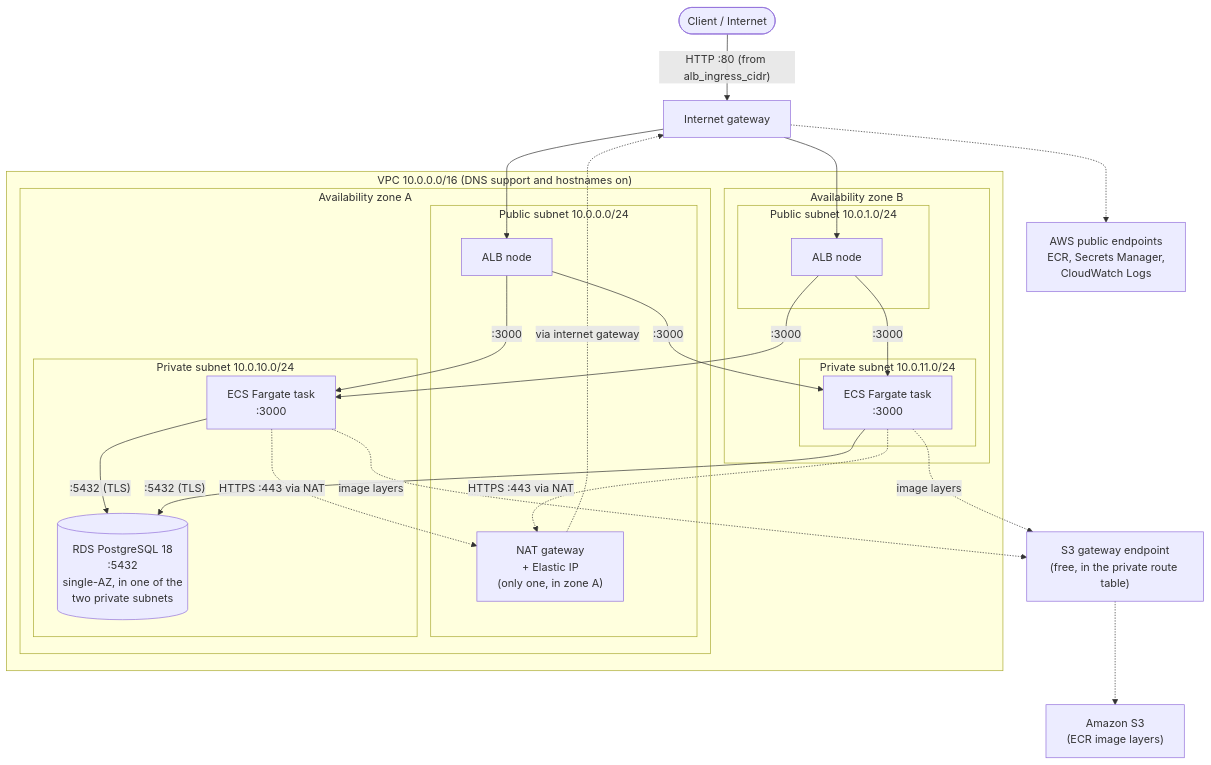
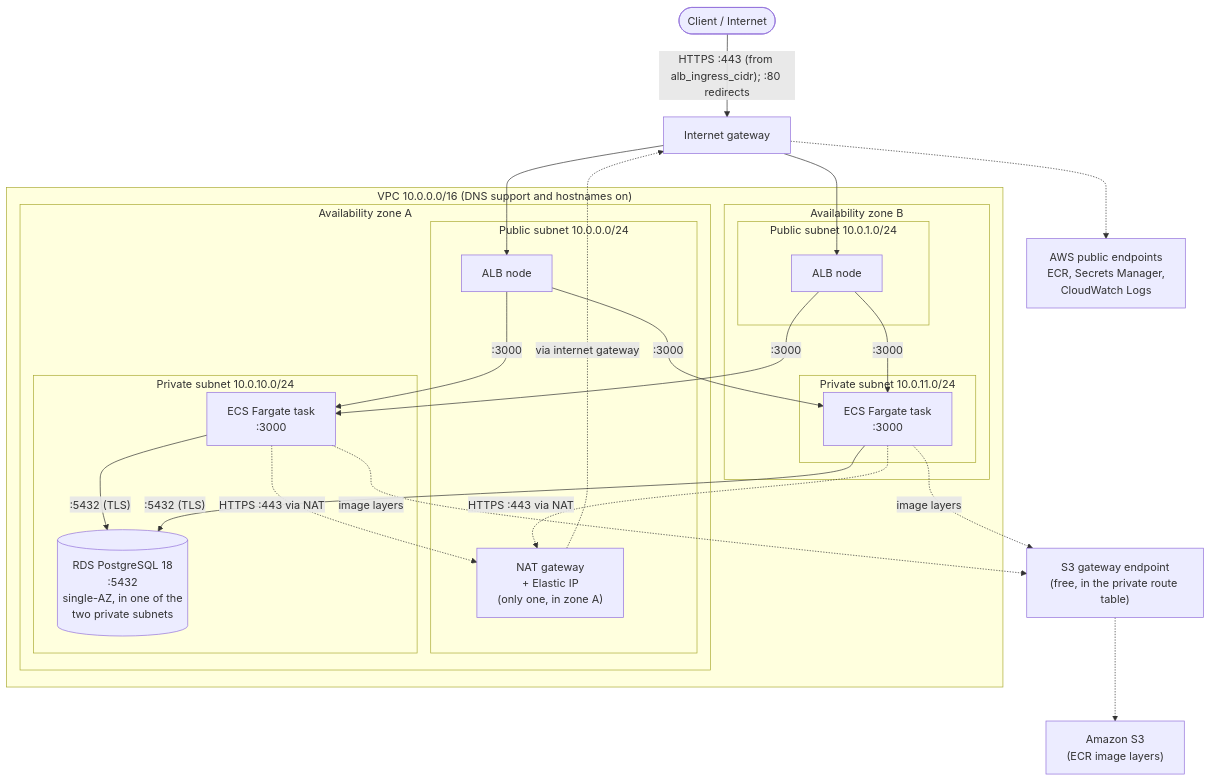
The first of 2 diagrams in terraform/README.md (bdahiya2007/secure-containerized-microservices-app-aws), drawn with Mermaid before and after one commit. The commit also changed other lines of this file and 6 other files, not shown here.

First line of the commit message:
Document HTTPS as applied and update the architecture diagrams

````diff
--- a/terraform/README.md
+++ b/terraform/README.md
@@ -11,48 +11,48 @@
 ```mermaid
 flowchart TB
   user(["Client / Internet"])
   igw["Internet gateway"]
 
   subgraph vpc ["VPC 10.0.0.0/16 (DNS support and hostnames on)"]
     subgraph azA ["Availability zone A"]
       subgraph pubA ["Public subnet 10.0.0.0/24"]
         albA["ALB node"]
         nat["NAT gateway<br/>+ Elastic IP<br/>(only one, in zone A)"]
       end
       subgraph privA ["Private subnet 10.0.10.0/24"]
         taskA["ECS Fargate task<br/>:3000"]
         rds[("RDS PostgreSQL 18<br/>:5432<br/>single-AZ, in one of the<br/>two private subnets")]
       end
     end
 
     subgraph azB ["Availability zone B"]
       subgraph pubB ["Public subnet 10.0.1.0/24"]
         albB["ALB node"]
       end
       subgraph privB ["Private subnet 10.0.11.0/24"]
         taskB["ECS Fargate task<br/>:3000"]
       end
     end
   end
 
   aws["AWS public endpoints<br/>ECR, Secrets Manager,<br/>CloudWatch Logs"]
   s3["Amazon S3<br/>(ECR image layers)"]
   s3ep["S3 gateway endpoint<br/>(free, in the private route table)"]
 
-  user -->|"HTTP :80 (from alb_ingress_cidr)"| igw
+  user -->|"HTTPS :443 (from alb_ingress_cidr); :80 redirects"| igw
   igw --> albA
   igw --> albB
   albA -->|":3000"| taskA
   albA -->|":3000"| taskB
   albB -->|":3000"| taskA
   albB -->|":3000"| taskB
   taskA -->|":5432 (TLS)"| rds
   taskB -->|":5432 (TLS)"| rds
   taskA -.->|"HTTPS :443 via NAT"| nat
   taskB -.->|"HTTPS :443 via NAT"| nat
   nat -.->|"via internet gateway"| igw
   igw -.-> aws
   taskA -.->|"image layers"| s3ep
   taskB -.->|"image layers"| s3ep
   s3ep -.-> s3
 ```
````
